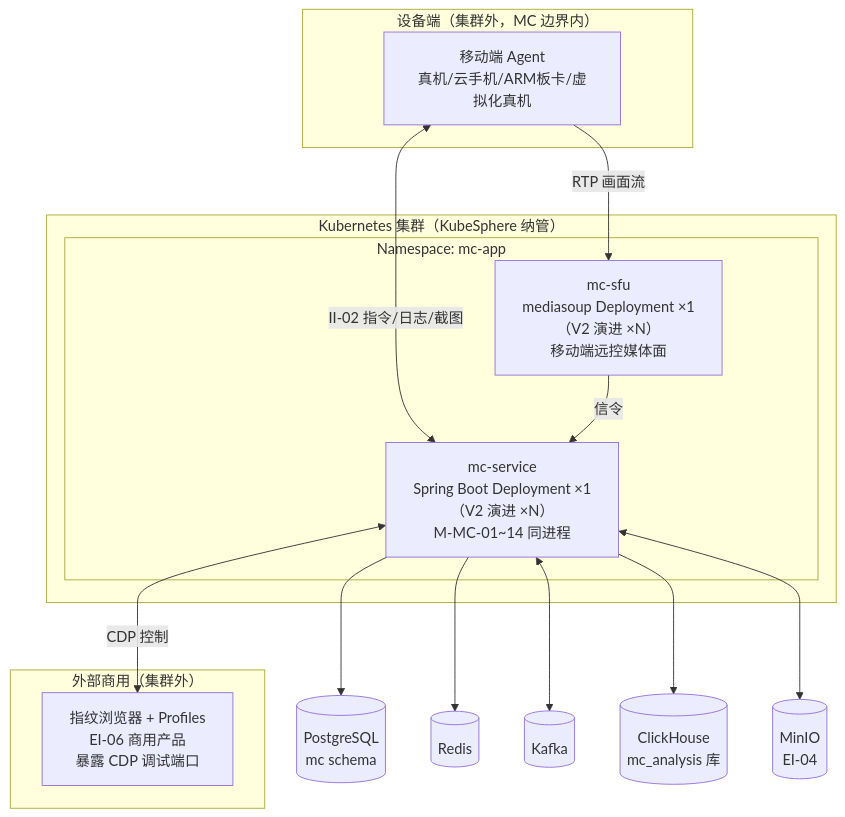
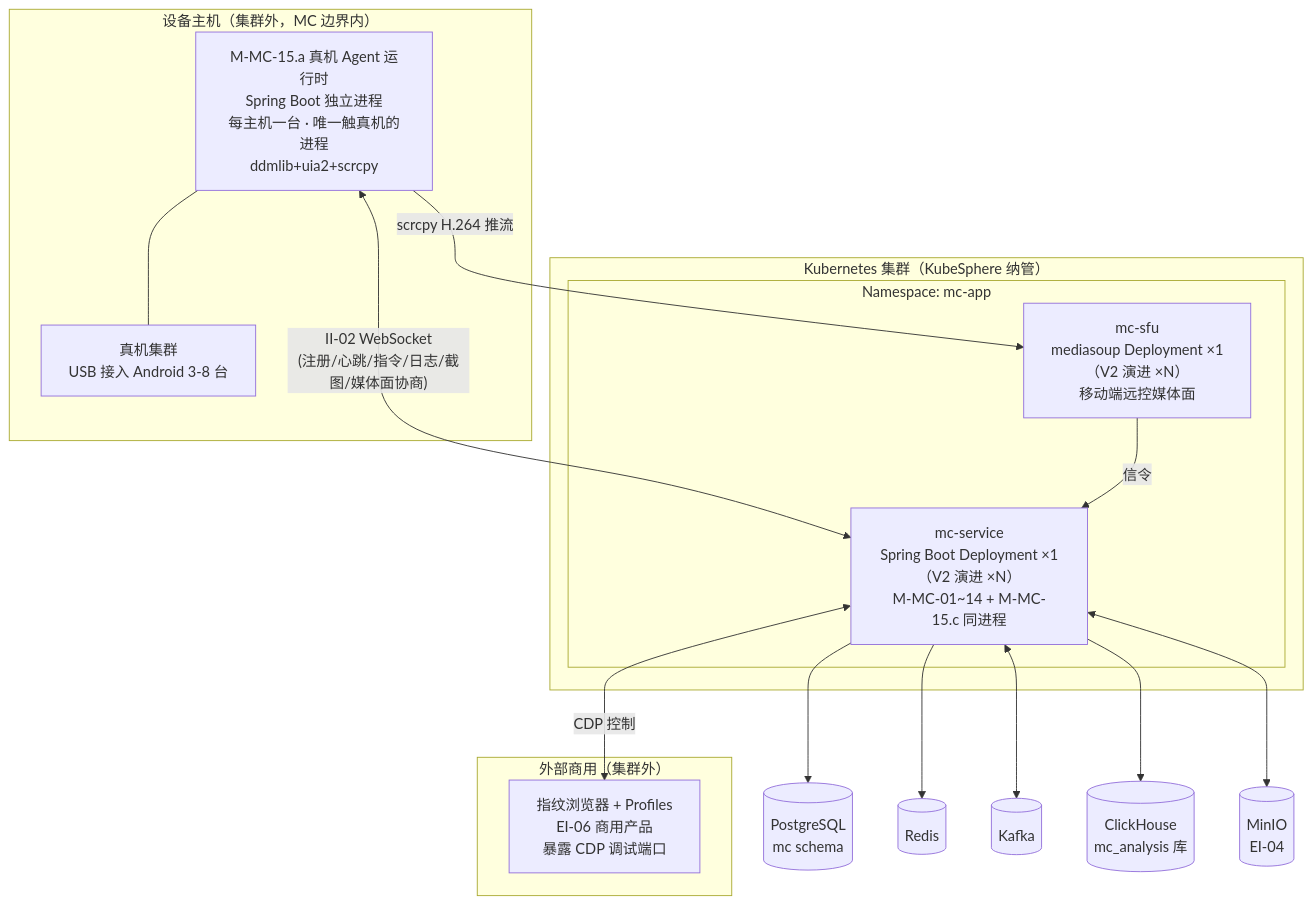
The first of 21 diagrams in 公司项目/认知作战/文档/SDD/软件详细设计说明-MC子系统.md (Sj-g/obsidian), drawn with Mermaid before and after one commit. The commit also changed other lines of this file and 2 other files, not shown here.

````diff
--- a/公司项目/认知作战/文档/SDD/软件详细设计说明-MC子系统.md
+++ b/公司项目/认知作战/文档/SDD/软件详细设计说明-MC子系统.md
@@ -125,31 +125,33 @@
 ```mermaid
 flowchart TB
     subgraph K8S["Kubernetes 集群（KubeSphere 纳管）"]
         subgraph MC_NS["Namespace: mc-app"]
-            MCS["mc-service<br/>Spring Boot Deployment ×1<br/>（V2 演进 ×N）<br/>M-MC-01~14 同进程"]
+            MCS["mc-service<br/>Spring Boot Deployment ×1<br/>（V2 演进 ×N）<br/>M-MC-01~14 + M-MC-15.c 同进程"]
             SFU["mc-sfu<br/>mediasoup Deployment ×1<br/>（V2 演进 ×N）<br/>移动端远控媒体面"]
         end
     end
 
-    subgraph DEV["设备端（集群外，MC 边界内）"]
-        AGENT["移动端 Agent<br/>真机/云手机/ARM板卡/虚拟化真机"]
+    subgraph DEV["设备主机（集群外，MC 边界内）"]
+        AGENT["M-MC-15.a 真机 Agent 运行时<br/>Spring Boot 独立进程<br/>每主机一台 · 唯一触真机的进程<br/>ddmlib+uia2+scrcpy"]
+        DEV2["真机集群<br/>USB 接入 Android 3-8 台"]
+        AGENT --- DEV2
     end
 
     subgraph EXT["外部商用（集群外）"]
         FB["指纹浏览器 + Profiles<br/>EI-06 商用产品<br/>暴露 CDP 调试端口"]
     end
 
     PG[("PostgreSQL<br/>mc schema")]
     RD[("Redis")]
     KF[("Kafka")]
     CH[("ClickHouse<br/>mc_analysis 库")]
     MN[("MinIO<br/>EI-04")]
 
-    AGENT <-->|"II-02 指令/日志/截图"| MCS
-    AGENT -->|"RTP 画面流"| SFU
+    AGENT <-->|"II-02 WebSocket<br/>(注册/心跳/指令/日志/截图/媒体面协商)"| MCS
+    AGENT -->|"scrcpy H.264 推流"| SFU
     SFU -->|"信令"| MCS
     MCS <-->|"CDP 控制"| FB
     MCS --> PG & RD & CH
     MCS <--> KF
     MCS <--> MN
 ```
````
